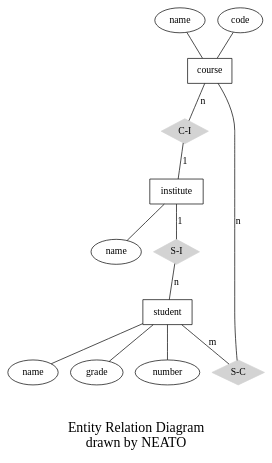
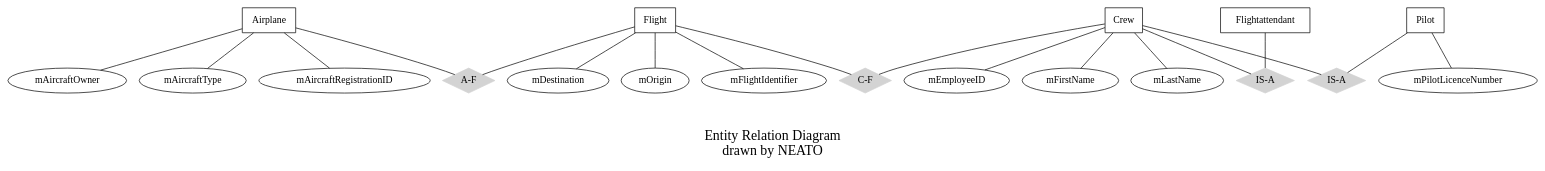
The diagram in exercise III/workspace/Flightplanning/doc/erm.gv (livioso/dbC), drawn with Graphviz before and after one commit. The commit also changed 1 other file, not shown here.

Commit message:
Initial version of ERM diagram, goodnight :)

```diff
--- a/exercise III/workspace/Flightplanning/doc/erm.gv
+++ b/exercise III/workspace/Flightplanning/doc/erm.gv
@@ -1,22 +1,42 @@
 graph ER {
-	node [shape=box]; course; institute; student;
-	node [shape=ellipse]; {node [label="name"] name0; name1; name2;}
-		code; grade; number;
-	node [shape=diamond,style=filled,color=lightgrey]; "C-I"; "S-C"; "S-I";
+	
+	node [shape=box]; 
+		Airplane; Crew; Pilot; Flightattendant; Flight;
+	
+	node [shape=ellipse];
+	  mEmployeeID; mFirstName; mLastName; mPilotLicenceNumber;
+		mAircraftRegistrationID; mAircraftOwner; mAircraftType;
+		mFlightIdentifier; mDestination; mOrigin;
 
-	name0 -- course;
-	code -- course;
-	course -- "C-I" [label="n",len=1.00];
-	"C-I" -- institute [label="1",len=1.00];
-	institute -- name1;
-	institute -- "S-I" [label="1",len=1.00];
-	"S-I" -- student [label="n",len=1.00];
-	student -- grade;
-	student -- name2;
-	student -- number;
-	student -- "S-C" [label="m",len=1.00];
-	"S-C" -- course [label="n",len=1.00];
+	node [shape=diamond,style=filled,color=lightgrey]; 
+		{node [label="IS-A"] PilotISACrew; FlightattendantISACrew;} "C-F"; "A-F";
+
+	{ rank = 1; Crew; Flight; Airplane; }
+	{ rank = 2; Pilot; Flightattendant; }
+
+	Crew -- mEmployeeID;
+	Crew -- mFirstName;
+	Crew -- mLastName;
+	Pilot -- mPilotLicenceNumber;
+	Airplane -- mAircraftRegistrationID
+	Airplane -- mAircraftOwner
+	Airplane -- mAircraftType
+	Flight -- mFlightIdentifier;
+	Flight -- mDestination;
+	Flight -- mOrigin;
+
+	Pilot -- PilotISACrew [label=" ",len=1.00];
+	Flightattendant -- FlightattendantISACrew [label=" ",len=1.00];
+	Crew -- PilotISACrew
+	Crew -- FlightattendantISACrew
+
+	Crew -- "C-F"
+	Flight -- "C-F"
+
+	Airplane -- "A-F"
+	Flight -- "A-F"
+
 
 	label = "\n\nEntity Relation Diagram\ndrawn by NEATO";
 	fontsize=20;
 }
```
